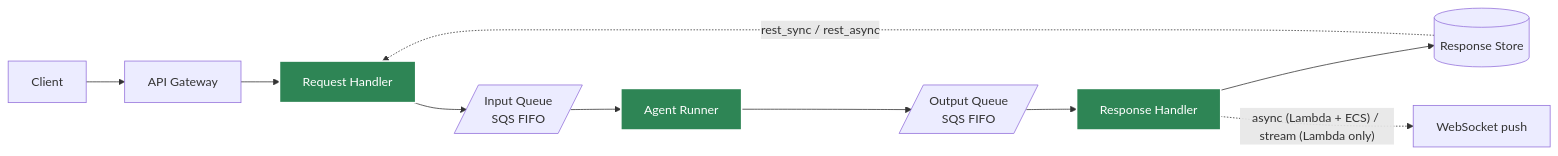
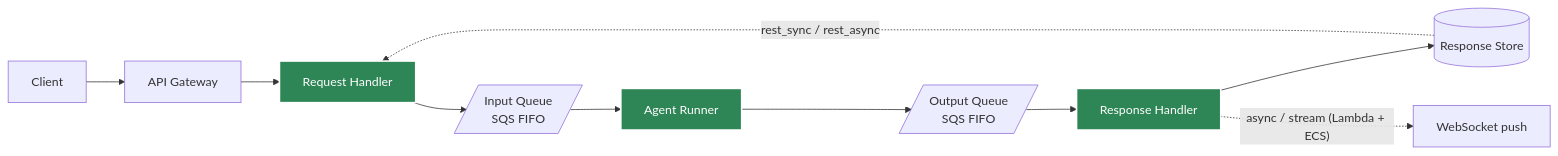
One commit to yaalalabs/agent-kernel changed the second of 2 diagrams in docs/docs/deployment/overview.md. Above: the diagram before and after it, drawn with Mermaid. The commit also changed other lines of this file, not shown here.

First line of the commit message:
docs: fix stale STREAM-is-Lambda-only claims in deployment overview

````diff
--- a/docs/docs/deployment/overview.md
+++ b/docs/docs/deployment/overview.md
@@ -100,16 +100,16 @@
 ```mermaid
 graph LR
     CL[Client] --> GW[API Gateway]
     GW --> RH[Request Handler]
     RH --> IQ[/Input Queue<br/>SQS FIFO/]
     IQ --> AR[Agent Runner]
     AR --> OQ[/Output Queue<br/>SQS FIFO/]
     OQ --> RSH[Response Handler]
     RSH --> RS[(Response Store)]
     RS -.->|rest_sync / rest_async| RH
-    RSH -.->|"async (Lambda + ECS) / stream (Lambda only)"| WS[WebSocket push]
+    RSH -.->|"async / stream (Lambda + ECS)"| WS[WebSocket push]
 
     style RH fill:#2e8555,stroke:#fff,stroke-width:2px,color:#fff
     style AR fill:#2e8555,stroke:#fff,stroke-width:2px,color:#fff
     style RSH fill:#2e8555,stroke:#fff,stroke-width:2px,color:#fff
 ```
````
